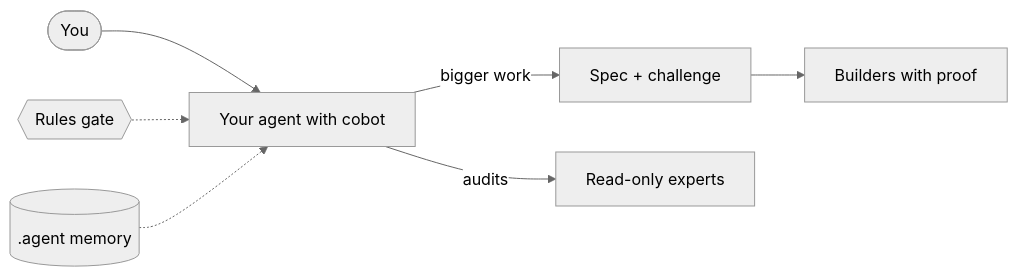
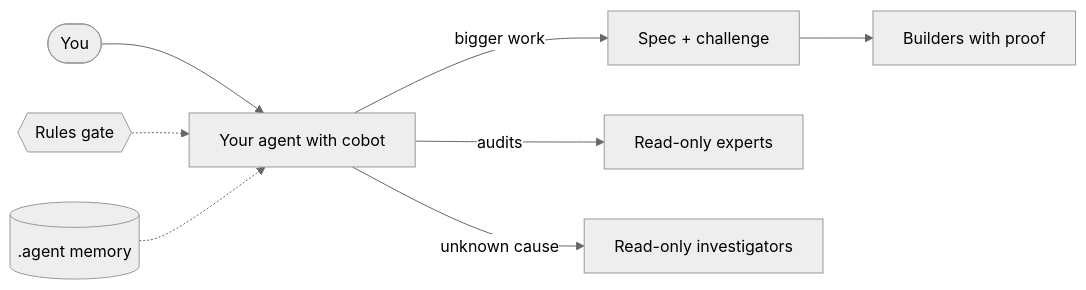
One commit to YpNo/cobot changed the diagram in README.md. Above: the diagram before and after it, drawn with Mermaid (neutral theme). The commit also changed other lines of this file and 8 other files, not shown here.

Commit message:
docs: decision 35, the debug path in the design, architecture, configuration, README and changelog (spec debug-path, T09)

````diff
--- a/README.md
+++ b/README.md
@@ -51,9 +54,10 @@
 ```mermaid
 flowchart LR
     you([You]) --> lead[Your agent with cobot]
     lead -->|bigger work| spec[Spec + challenge]
     spec --> build[Builders with proof]
     lead -->|audits| experts[Read-only experts]
+    lead -->|unknown cause| debug[Read-only investigators]
     gate{{Rules gate}} -.-> lead
     memory[(.agent memory)] -.-> lead
 ```
````
